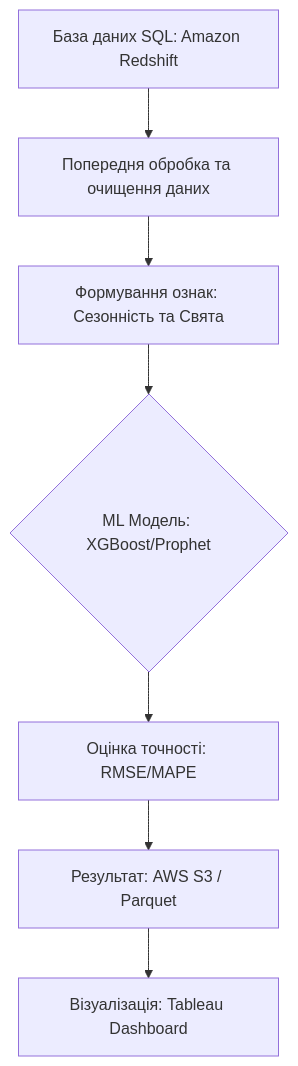
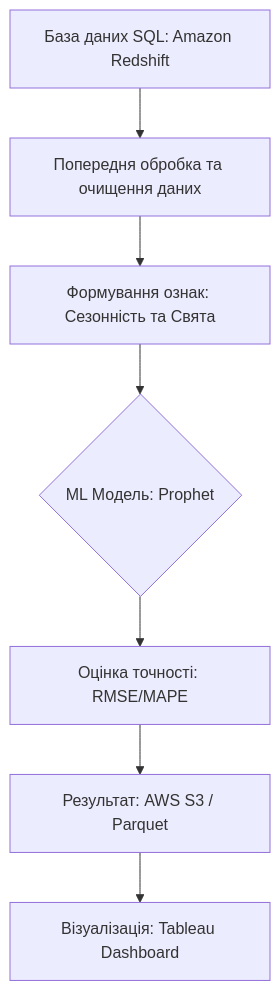
Before and after one commit to bozhenaaaaa/business_forecasting1: the diagram in README.md, drawn with Mermaid. The commit also changed other lines of this file, not shown here.

````diff
--- a/README.md
+++ b/README.md
@@ -78,9 +78,9 @@
 ```mermaid
 graph TD
     A[База даних SQL: Amazon Redshift] --> B[Попередня обробка та очищення даних]
     B --> C[Формування ознак: Сезонність та Свята]
-    C --> D{ML Модель: XGBoost/Prophet}
+    C --> D{ML Модель: Prophet}
     D --> E[Оцінка точності: RMSE/MAPE]
     E --> F[Результат: AWS S3 / Parquet]
     F --> G[Візуалізація: Tableau Dashboard]
 ```
````
